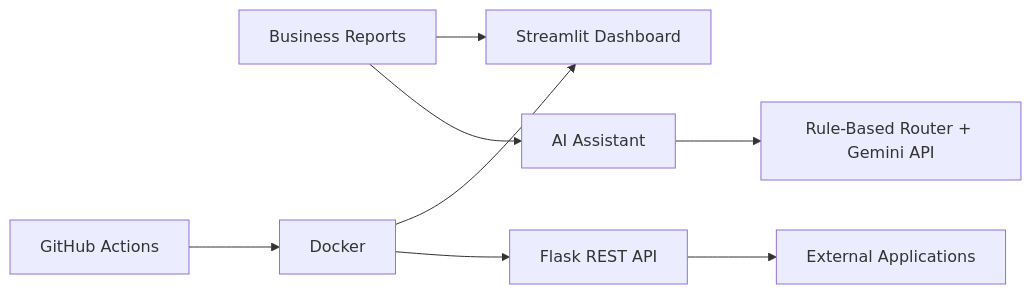
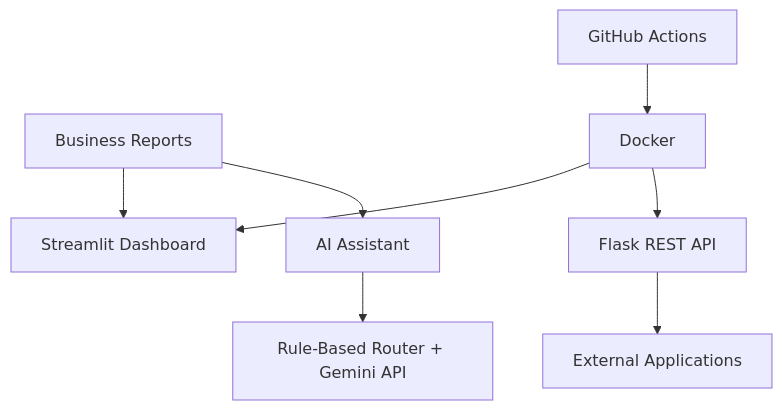
The second of 4 diagrams in README.md (hanannazri/Intelligent-Forecasting-MLOps-Platform), drawn with Mermaid before and after one commit. The commit also changed other lines of this file, not shown here.

````diff
--- a/README.md
+++ b/README.md
@@ -228,23 +145,21 @@
 ```mermaid
-flowchart LR
+flowchart TD
 
 A[Business Reports]
 
 A --> B[Streamlit Dashboard]
 
 A --> C[AI Assistant]
 
 C --> D[Rule-Based Router + Gemini API]
 
-E[Docker]
+E[GitHub Actions]
 
-E --> B
+E --> F[Docker]
 
-E --> F[Flask REST API]
+F --> B
 
-F --> G[External Applications]
+F --> G[Flask REST API]
 
-H[GitHub Actions]
-
-H --> E
+G --> H[External Applications]
 ```
````
